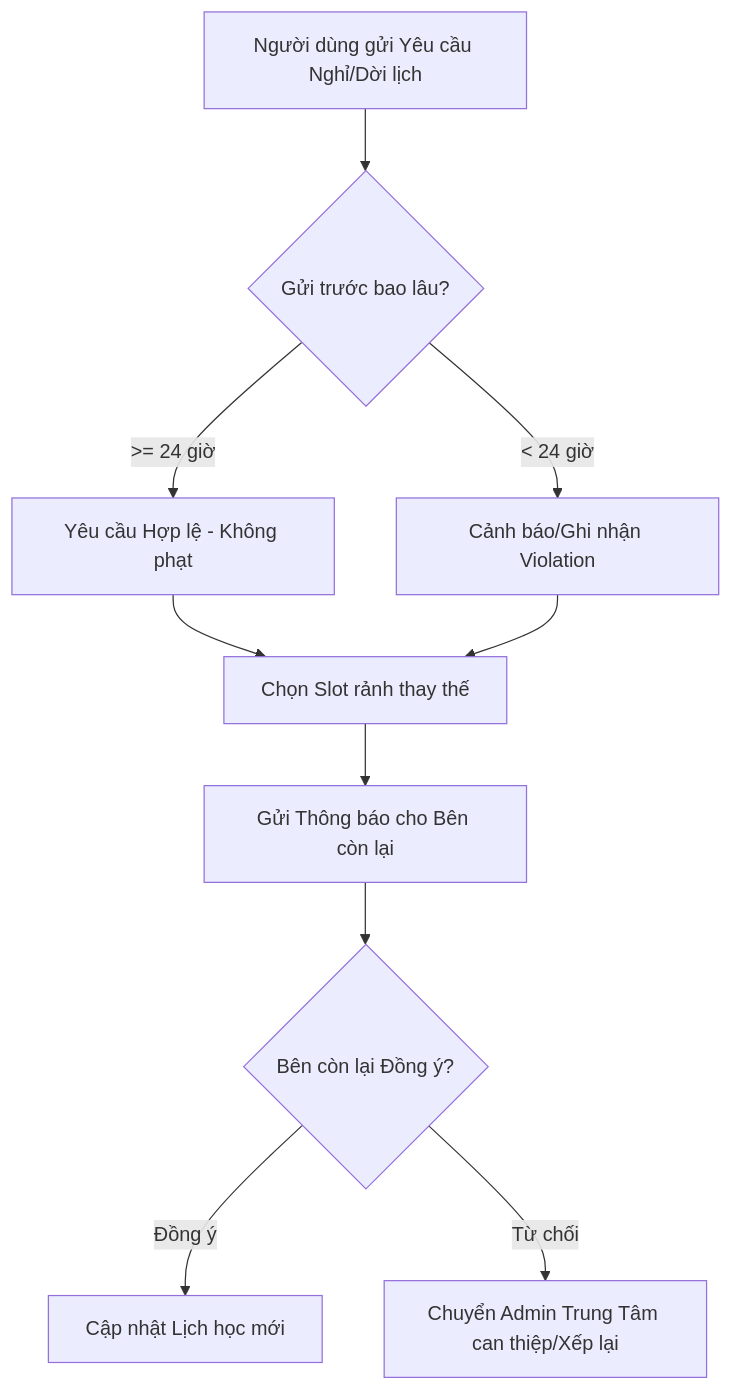
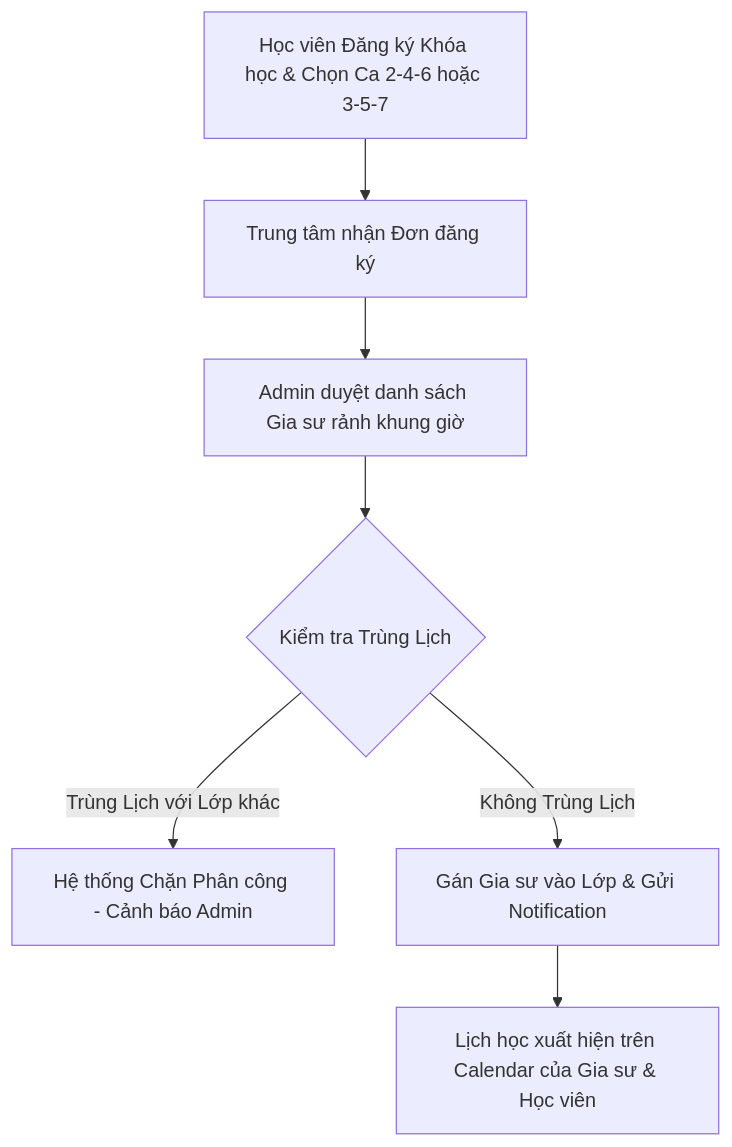
The diagram in 01-Business-Logic/03-Scheduling-and-Conflict-Validation.md (Tri-Viet-Tutor/documentation), drawn with Mermaid before and after one commit. The commit also changed other lines of this file and 4 other files, not shown here.

````diff
--- a/01-Business-Logic/03-Scheduling-and-Conflict-Validation.md
+++ b/01-Business-Logic/03-Scheduling-and-Conflict-Validation.md
@@ -38,12 +17,9 @@
 ```mermaid
 flowchart TD
-    A[Người dùng gửi Yêu cầu Nghỉ/Dời lịch] --> B{Gửi trước bao lâu?}
-    B -- >= 24 giờ --> C[Yêu cầu Hợp lệ - Không phạt]
-    B -- < 24 giờ --> D[Cảnh báo/Ghi nhận Violation]
-    C --> E[Chọn Slot rảnh thay thế]
-    D --> E
-    E --> F[Gửi Thông báo cho Bên còn lại]
-    F --> G{Bên còn lại Đồng ý?}
-    G -- Đồng ý --> H[Cập nhật Lịch học mới]
-    G -- Từ chối --> I[Chuyển Admin Trung Tâm can thiệp/Xếp lại]
+    A[Học viên Đăng ký Khóa học & Chọn Ca 2-4-6 hoặc 3-5-7] --> B[Trung tâm nhận Đơn đăng ký]
+    B --> C[Admin duyệt danh sách Gia sư rảnh khung giờ]
+    C --> D{Kiểm tra Trùng Lịch}
+    D -- Trùng Lịch với Lớp khác --> E[Hệ thống Chặn Phân công - Cảnh báo Admin]
+    D -- Không Trùng Lịch --> F[Gán Gia sư vào Lớp & Gửi Notification]
+    F --> G[Lịch học xuất hiện trên Calendar của Gia sư & Học viên]
 ```
````
